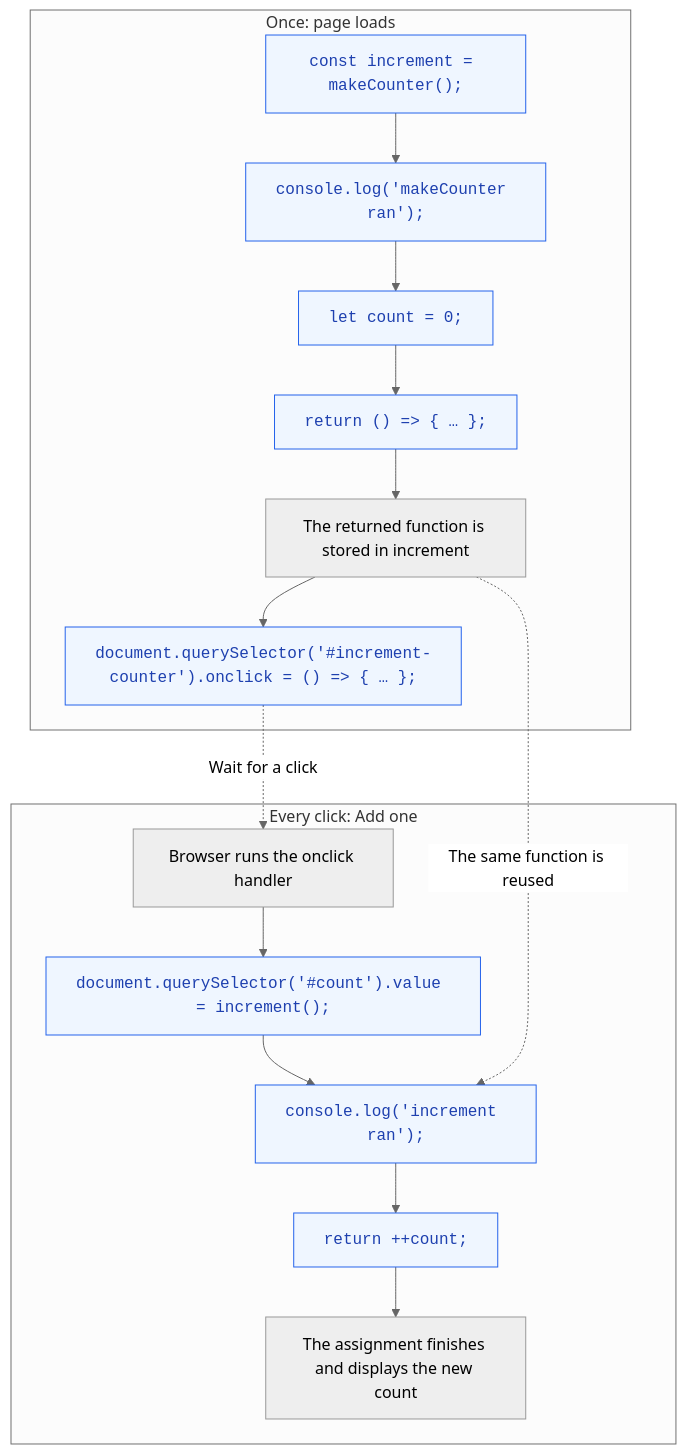
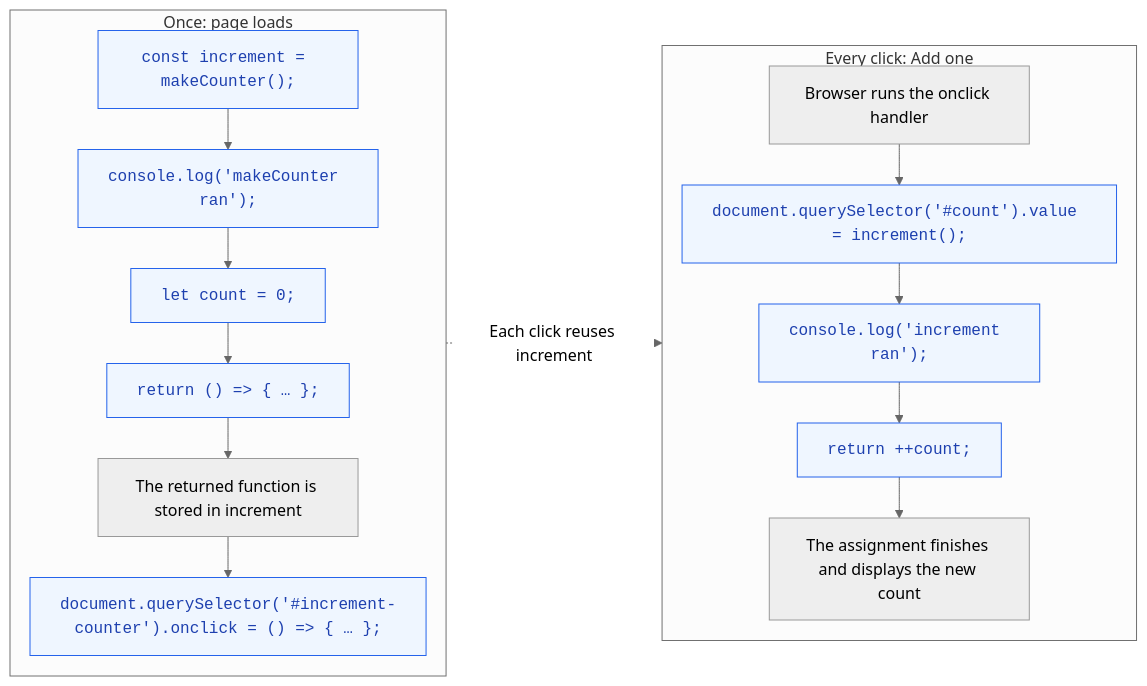
The diagram in closure-flow.md (axleb/git--node-d3), drawn with Mermaid (neutral theme) before and after one commit.

````diff
--- a/closure-flow.md
+++ b/closure-flow.md
@@ -5,23 +5,31 @@
 ```mermaid
-flowchart TD
+---
+config:
+  flowchart:
+    rankSpacing: 16
+    nodeSpacing: 20
+    diagramPadding: 6
+---
+flowchart LR
     subgraph Setup["Once: page loads"]
+        direction TB
         A["const increment = makeCounter();"] --> B["console.log('makeCounter ran');"]
         B --> C["let count = 0;"]
         C --> D["return () =&gt; { … };"]
         D --> Stored["The returned function is stored in increment"]
         Stored --> Registered["document.querySelector('#increment-counter').onclick = () =&gt; { … };"]
     end
 
     subgraph Click["Every click: Add one"]
+        direction TB
         E["Browser runs the onclick handler"] --> F["document.querySelector('#count').value = increment();"]
         F --> Log["console.log('increment ran');"]
         Log --> G["return ++count;"]
         G --> H["The assignment finishes and displays the new count"]
     end
 
-    Registered -. "Wait for a click" .-> E
-    Stored -. "The same function is reused" .-> Log
+    Setup -. "Each click reuses increment" .-> Click
 
     classDef javascript fill:#eff6ff,stroke:#2563eb,color:#1e40af,font-family:monospace;
     class A,B,C,D,Registered,F,Log,G javascript;
 ```
````
